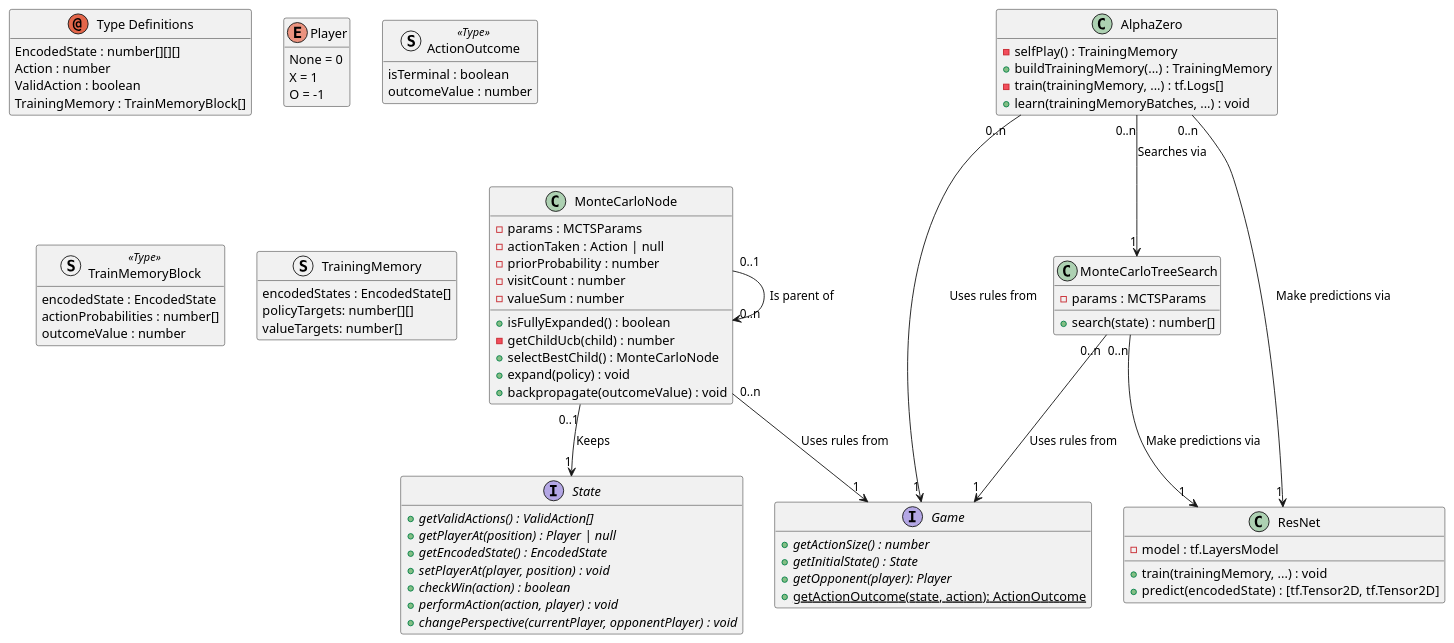
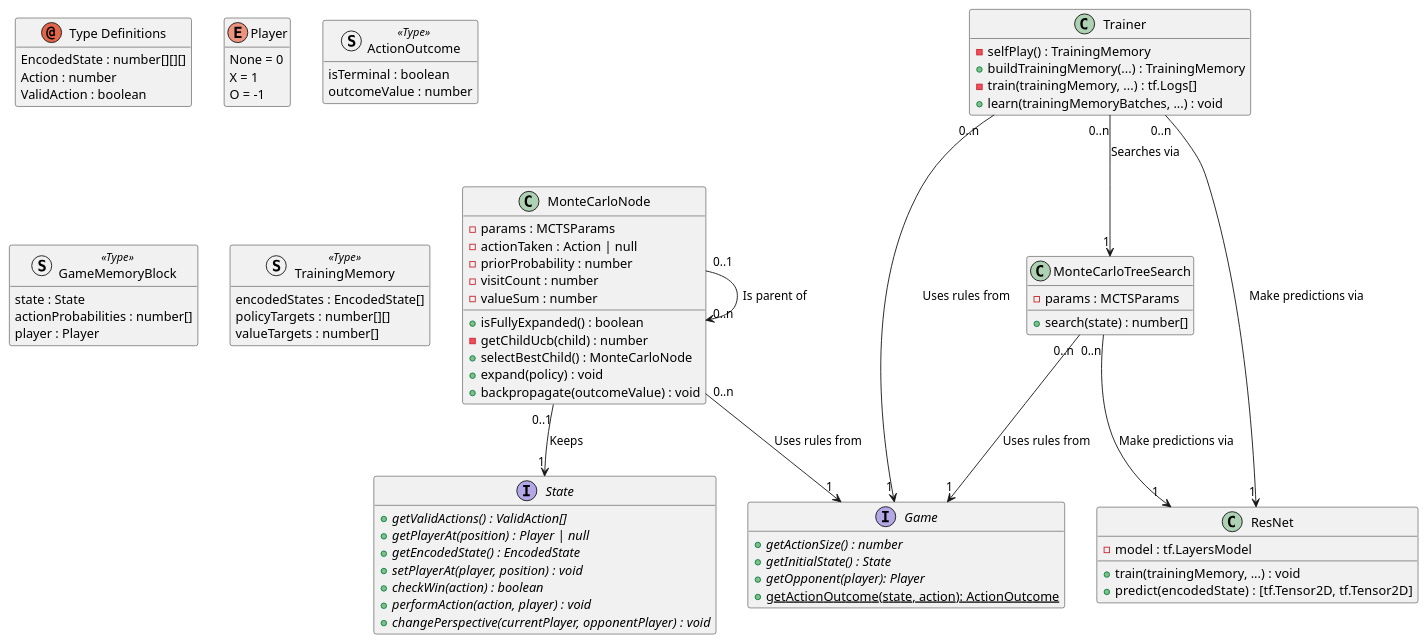
Before and after one commit to ufjf-gamelab/apts: the diagram in docs/2023/class-diagram-2023.plantuml, drawn with PlantUML. The commit also changed 4 other files, not shown here.

```diff
--- a/docs/2023/class-diagram-2023.plantuml
+++ b/docs/2023/class-diagram-2023.plantuml
@@ -1,115 +1,120 @@
 @startuml
 
     ' Config
     hide empty members
     ' skinparam nodesep 20
     ' skinparam ranksep 1
     ' skinparam linetype polyline
     ' left to right direction
 
     ' Classes
     interface State {
         {abstract} +getValidActions() : ValidAction[]
         {abstract} +getPlayerAt(position) : Player | null
         {abstract} +getEncodedState() : EncodedState
         {abstract} +setPlayerAt(player, position) : void
         {abstract} +checkWin(action) : boolean
         {abstract} +performAction(action, player) : void
         {abstract} +changePerspective(currentPlayer, opponentPlayer) : void
     }
 
     interface Game {
         {abstract} +getActionSize() : number
         {abstract} +getInitialState() : State
         {abstract} +getOpponent(player): Player
         {static} +getActionOutcome(state, action): ActionOutcome
     }
 
     class ResNet {
         -model : tf.LayersModel
         +train(trainingMemory, ...) : void
         +predict(encodedState) : [tf.Tensor2D, tf.Tensor2D]
     }
 
     class MonteCarloTreeSearch {
         -params : MCTSParams
         +search(state) : number[]
     }
     MonteCarloTreeSearch "0..n" --> "1" Game : Uses rules from
     MonteCarloTreeSearch "0..n" --> "1" ResNet : Make predictions via
 
     class MonteCarloNode {
         -params : MCTSParams
         -actionTaken : Action | null
         -priorProbability : number
         -visitCount : number
         -valueSum : number
         +isFullyExpanded() : boolean
         -getChildUcb(child) : number
         +selectBestChild() : MonteCarloNode
         +expand(policy) : void
         +backpropagate(outcomeValue) : void
     }
     MonteCarloNode "0..n" -d-> "1" Game : Uses rules from
     MonteCarloNode "0..1" -d-> "1" State : Keeps
     MonteCarloNode "0..1" --> "0..n" MonteCarloNode : Is parent of
 
-    class AlphaZero {
+    class Trainer {
         -selfPlay() : TrainingMemory
         +buildTrainingMemory(...) : TrainingMemory
         -train(trainingMemory, ...) : tf.Logs[]
         +learn(trainingMemoryBatches, ...) : void
     }
-    AlphaZero "0..n" --> "1" Game : Uses rules from
-    AlphaZero "0..n" --> "1" ResNet : Make predictions via
-    AlphaZero "0..n" --> "1" MonteCarloTreeSearch : Searches via
+    Trainer "0..n" --> "1" Game : Uses rules from
+    Trainer "0..n" --> "1" ResNet : Make predictions via
+    Trainer "0..n" --> "1" MonteCarloTreeSearch : Searches via
 
 
     ' Definitions
     annotation "Type Definitions" as TypeDefinitions {
         EncodedState : number[][][]
         Action : number
         ValidAction : boolean
-        TrainingMemory : TrainMemoryBlock[]
     }
 
     together {
         enum Player {
             None = 0
             X = 1
             O = -1
         }
 
         struct ActionOutcome <<Type>> {
             isTerminal : boolean
             outcomeValue : number
         }
     }
 
-    struct TrainMemoryBlock <<Type>> {
-        encodedState : EncodedState
+    struct GameMemoryBlock <<Type>> {
+        state : State
         actionProbabilities : number[]
-        outcomeValue : number
+        player : Player
     }
 
-    struct TrainingMemory {
+    ' struct TrainMemoryBlock <<Type>> {
+    '     encodedState : EncodedState
+    '     actionProbabilities : number[]
+    '     outcomeValue : number
+    ' }
+
+    struct TrainingMemory <<Type>> {
         encodedStates : EncodedState[]
-	    policyTargets: number[][]
-	    valueTargets: number[]
+	    policyTargets : number[][]
+	    valueTargets : number[]
     }
 
 
     ' Style
     ' remove State
     ' remove Game
     ' remove ResNet
     ' remove MonteCarloTreeSearch
     ' remove MonteCarloNode
-    ' remove AlphaZero
+    ' remove Trainer
     ' remove TypeDefinitions
     ' remove Player
     ' remove ActionOutcome
-    ' remove TrainMemoryBlock
+    ' remove GameMemoryBlock
     ' remove TrainingMemory
 
 @enduml
```
